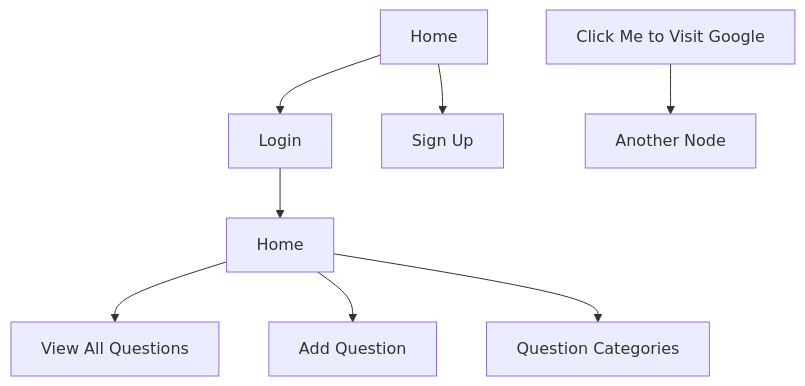
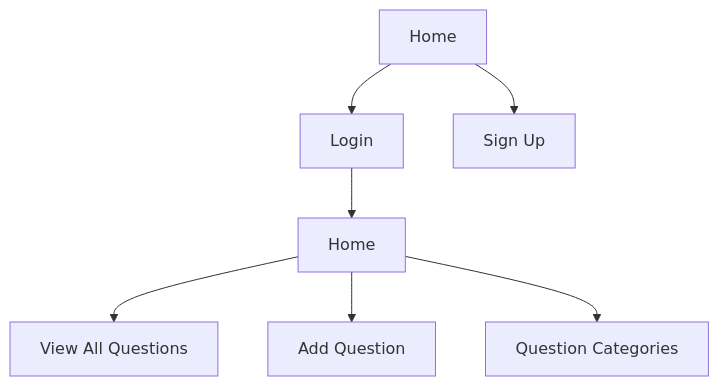
Before and after one commit to cryarchy/my_qs_and_as: the diagram in README.md, drawn with Mermaid.

Commit message:
Use absolute paths to markdown files in links within mermaid diagrams.

````diff
--- a/README.md
+++ b/README.md
@@ -46,31 +46,25 @@
 ```mermaid
 flowchart
     Home[Home]
-    click Home href "markdown/home.md"
+    click Home "https://github.com/cryarchy/my_qs_and_as/blob/main/markdown/home.md"
     Login[Login]
-    click Login "login.md"
+    click Login "https://github.com/cryarchy/my_qs_and_as/blob/main/markdown/login.md"
     SignUp[Sign Up]
-    click SignUp "signup.md"
+    click SignUp "https://github.com/cryarchy/my_qs_and_as/blob/main/markdown/signup.md"
     LgHome[Home]
 
     Home --> Login
     Home --> SignUp
     Login --> LgHome
 
     AllQns[View All Questions]
-    click AllQns "all-questions.md"
+    click AllQns "https://github.com/cryarchy/my_qs_and_as/blob/main/markdown/all-questions.md"
     AddQn[Add Question]
-    click AddQn "add-question.md"
+    click AddQn "https://github.com/cryarchy/my_qs_and_as/blob/main/markdown/add-question.md"
     QnCats[Question Categories]
-    click QnCats "qn-categories.md"
+    click QnCats "https://github.com/cryarchy/my_qs_and_as/blob/main/markdown/qn-categories.md"
 
     LgHome --> AllQns
     LgHome --> AddQn
     LgHome --> QnCats
-
-    click Node1 "https://example.com"
-    click Node2 "https://another-example.com"
-
-    A[Click Me to Visit Google] --> B[Another Node]
-    click A "https://www.google.com" "Go to Google"
 ```
````
